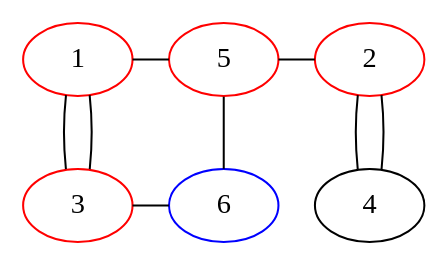
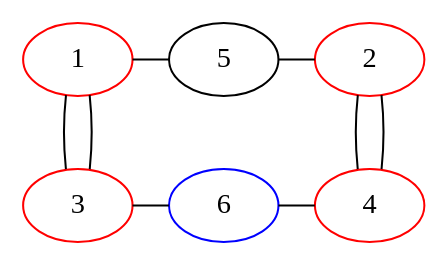
The diagram in sprouts/12212.dot (bilboquet/gamelib), drawn with Graphviz before and after one commit. The commit also changed 14 other files, not shown here.

```diff
--- a/sprouts/12212.dot
+++ b/sprouts/12212.dot
@@ -1,30 +1,30 @@
 graph {
   1 -- 3 -- 1;
   2 -- 4 -- 2;
   1 -- 5 -- 2;
-  3 -- 6 -- 5;
+  3 -- 6 -- 4;
 
   {
     rank="same";
     1;
     5;
     2;
 
   }
 
 
   {
     rank="same";
     3;
     6;
     4;
 
   }
 
   1 [color="red"];
   2 [color="red"];
   3 [color="red"];
-  5 [color="red"];
+  4 [color="red"];
   6 [color="blue"];
 
 }
```
